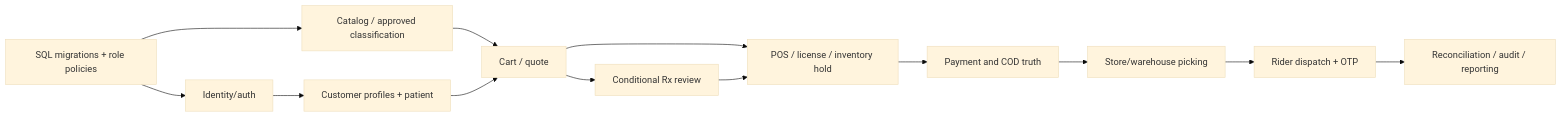
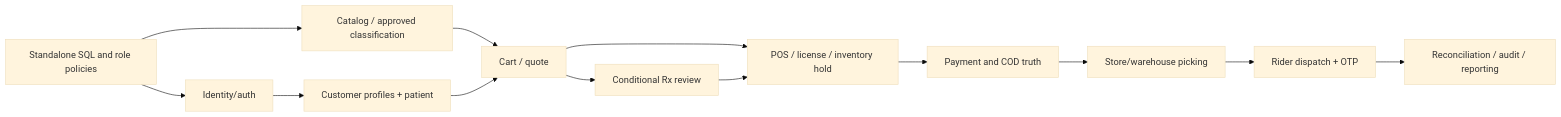
Before and after one commit to shiladityamajumder/pharmville-docs: the diagram in 02-Architecture/Module-Dependencies.md, drawn with Mermaid (base theme). The commit also changed 661 other files, not shown here.

Commit message:
docs: consolidate validated PostgreSQL schema and reorganize Pharmville into a module-driven technical blueprint

````diff
--- a/02-Architecture/Module-Dependencies.md
+++ b/02-Architecture/Module-Dependencies.md
@@ -5,15 +5,15 @@
 ```mermaid
 flowchart LR
- DB[SQL migrations + role policies] --> AUTH[Identity/auth]
+ DB[Standalone SQL and role policies] --> AUTH[Identity/auth]
  DB --> CAT[Catalog / approved classification]
  AUTH --> CUST[Customer profiles + patient]
  CAT --> CART[Cart / quote]
  CUST --> CART
  CART --> RX[Conditional Rx review]
  CART --> STOCK[POS / license / inventory hold]
  RX --> STOCK
  STOCK --> PAY[Payment and COD truth]
  PAY --> PICK[Store/warehouse picking]
  PICK --> RIDER[Rider dispatch + OTP]
  RIDER --> REC[Reconciliation / audit / reporting]
 ```
````
